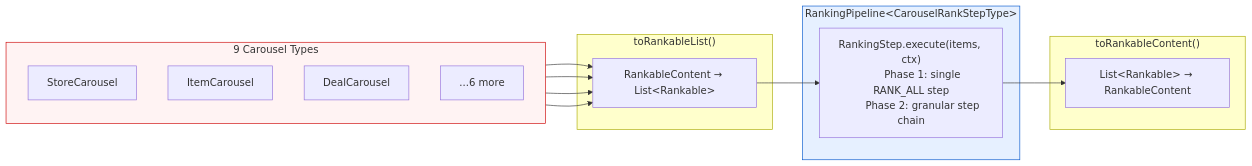
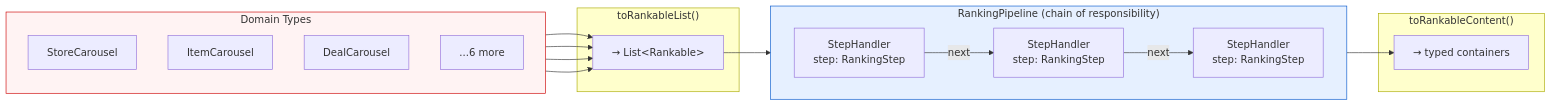
The first of 4 diagrams in unified-blending-platform/spec/rfc-abstraction-layer.md (daniel-fonyo/dd-brain), drawn with Mermaid before and after one commit. The commit also changed other lines of this file, not shown here.

Commit message:
Architecture overview: show chain of responsibility, not phases
Pipeline box now shows StepHandler → next → StepHandler chain instead
of phase-specific text. Communicates the proposal's core mechanism.

````diff
--- a/unified-blending-platform/spec/rfc-abstraction-layer.md
+++ b/unified-blending-platform/spec/rfc-abstraction-layer.md
@@ -152,38 +152,44 @@
 ```mermaid
 flowchart LR
-    subgraph sources["9 Carousel Types"]
+    subgraph sources["Domain Types"]
         direction TB
         T1["StoreCarousel"]
         T2["ItemCarousel"]
         T3["DealCarousel"]
         T4["...6 more"]
     end
 
     subgraph convert["toRankableList()"]
-        A["RankableContent → List&lt;Rankable&gt;"]
+        A["→ List&lt;Rankable&gt;"]
     end
 
     T1 --> A
     T2 --> A
     T3 --> A
     T4 --> A
 
-    subgraph pipeline["RankingPipeline&lt;CarouselRankStepType&gt;"]
-        ENG["RankingStep.execute(items, ctx)
-        Phase 1: single RANK_ALL step
-        Phase 2: granular step chain"]
+    subgraph pipeline["RankingPipeline (chain of responsibility)"]
+        direction LR
+        S1["StepHandler
+        step: RankingStep"]
+        S2["StepHandler
+        step: RankingStep"]
+        S3["StepHandler
+        step: RankingStep"]
+        S1 -->|"next"| S2
+        S2 -->|"next"| S3
     end
 
-    A --> ENG
+    A --> S1
 
     subgraph writeback["toRankableContent()"]
-        WB["List&lt;Rankable&gt; → RankableContent"]
+        WB["→ typed containers"]
     end
 
-    ENG --> WB
+    S3 --> WB
 
     style sources fill:#fff3f3,stroke:#cc0000
     style convert fill:#ffffcc,stroke:#aaaa00
     style pipeline fill:#e6f0ff,stroke:#0055cc
     style writeback fill:#ffffcc,stroke:#aaaa00
 ```
````
